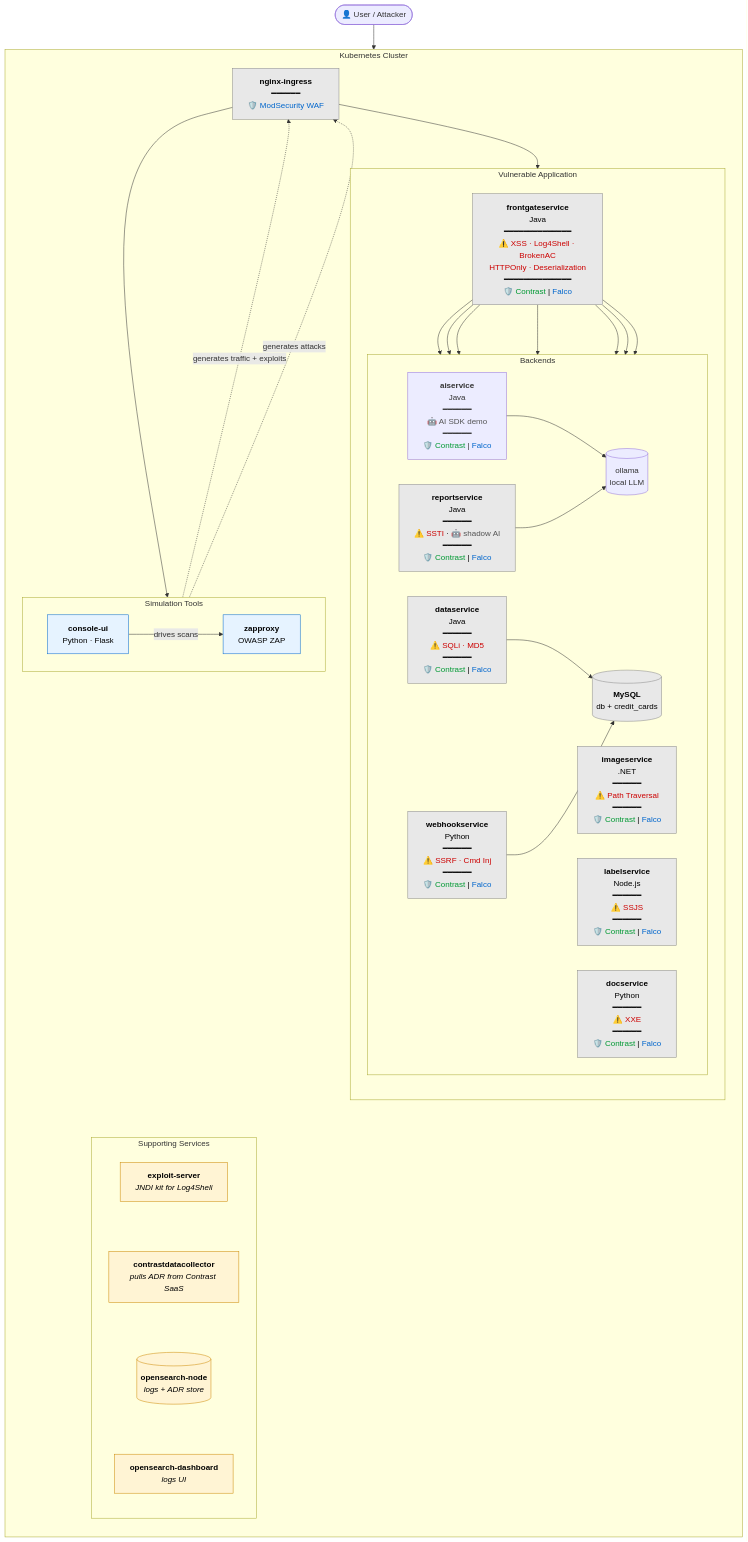
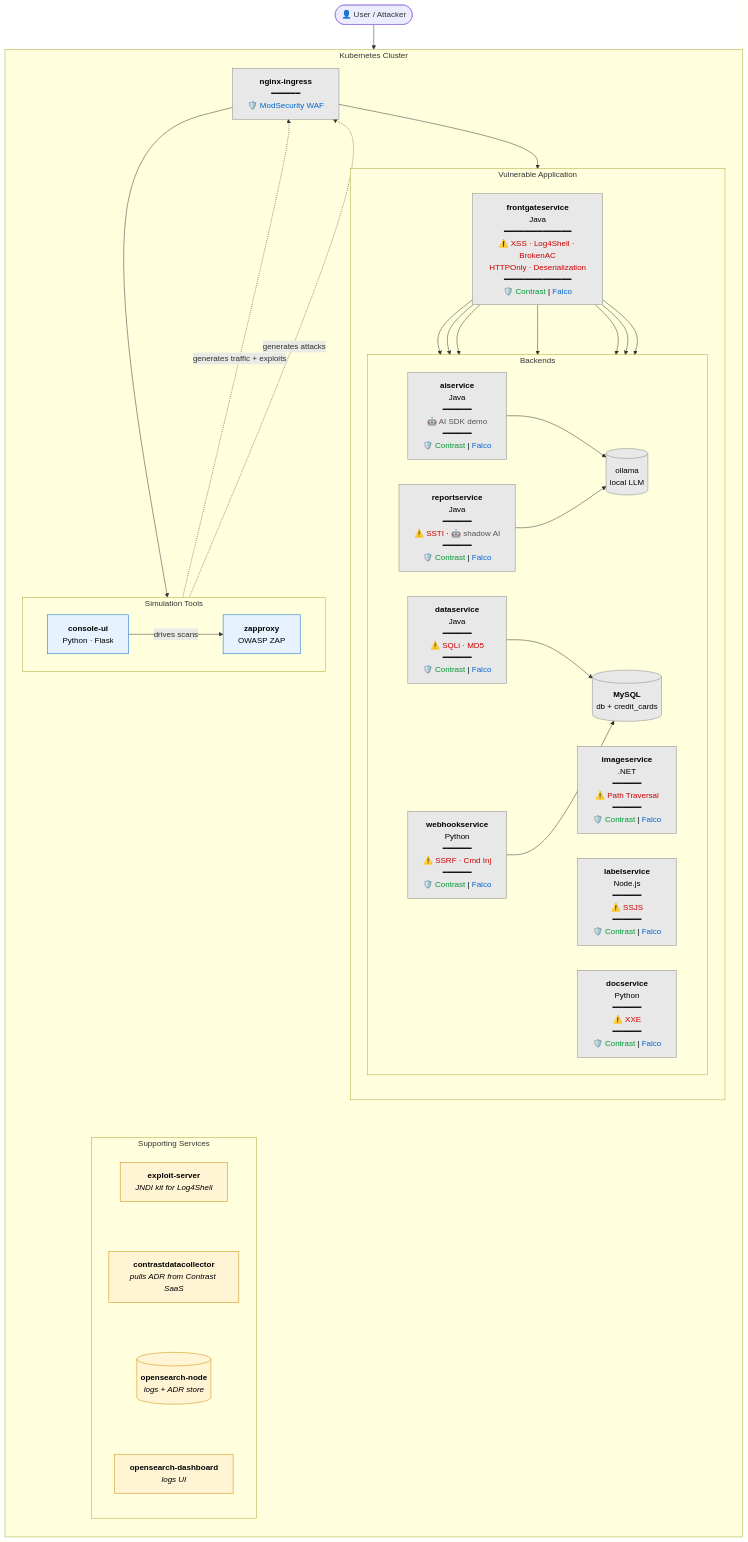
One commit to slevin4contrast/cargo-cats changed the diagram in README.md. Above: the diagram before and after it, drawn with Mermaid.

Commit message:
fix(readme): apply diagram color class to aiservice and ollama nodes

````diff
--- a/README.md
+++ b/README.md
@@ -8,74 +8,74 @@
 ```mermaid
 flowchart TB
     User([👤 User / Attacker])
 
     subgraph K8S["Kubernetes Cluster"]
         direction TB
 
         Ingress["<b>nginx-ingress</b><br/>━━━━━━<br/>🛡️ <font color='#0066cc'>ModSecurity WAF</font>"]
 
         subgraph APP["Vulnerable Application"]
             direction TB
             FG["<b>frontgateservice</b><br/>Java<br/>━━━━━━━━━━━━━━<br/><font color='#c00'>⚠️ XSS · Log4Shell · BrokenAC<br/>HTTPOnly · Deserialization</font><br/>━━━━━━━━━━━━━━<br/>🛡️ <font color='#093'>Contrast</font> | <font color='#0066cc'>Falco</font>"]
 
             subgraph BE["Backends"]
                 direction LR
                 DS["<b>dataservice</b><br/>Java<br/>━━━━━━<br/><font color='#c00'>⚠️ SQLi · MD5</font><br/>━━━━━━<br/>🛡️ <font color='#093'>Contrast</font> | <font color='#0066cc'>Falco</font>"]
                 WH["<b>webhookservice</b><br/>Python<br/>━━━━━━<br/><font color='#c00'>⚠️ SSRF · Cmd Inj</font><br/>━━━━━━<br/>🛡️ <font color='#093'>Contrast</font> | <font color='#0066cc'>Falco</font>"]
                 IS["<b>imageservice</b><br/>.NET<br/>━━━━━━<br/><font color='#c00'>⚠️ Path Traversal</font><br/>━━━━━━<br/>🛡️ <font color='#093'>Contrast</font> | <font color='#0066cc'>Falco</font>"]
                 LS["<b>labelservice</b><br/>Node.js<br/>━━━━━━<br/><font color='#c00'>⚠️ SSJS</font><br/>━━━━━━<br/>🛡️ <font color='#093'>Contrast</font> | <font color='#0066cc'>Falco</font>"]
                 DC["<b>docservice</b><br/>Python<br/>━━━━━━<br/><font color='#c00'>⚠️ XXE</font><br/>━━━━━━<br/>🛡️ <font color='#093'>Contrast</font> | <font color='#0066cc'>Falco</font>"]
                 RS["<b>reportservice</b><br/>Java<br/>━━━━━━<br/><font color='#c00'>⚠️ SSTI</font> · <font color='#555'>🤖 shadow AI</font><br/>━━━━━━<br/>🛡️ <font color='#093'>Contrast</font> | <font color='#0066cc'>Falco</font>"]
                 AS["<b>aiservice</b><br/>Java<br/>━━━━━━<br/><font color='#555'>🤖 AI SDK demo</font><br/>━━━━━━<br/>🛡️ <font color='#093'>Contrast</font> | <font color='#0066cc'>Falco</font>"]
                 OL[("</b>ollama</b><br/>local LLM")]
                 DB[("<b>MySQL</b><br/>db + credit_cards")]
             end
         end
 
         subgraph SIM["Simulation Tools"]
             direction LR
             CU["<b>console-ui</b><br/>Python · Flask"]
             ZAP["<b>zapproxy</b><br/>OWASP ZAP"]
             CU -- "drives scans" --> ZAP
         end
 
         subgraph SUPP["Supporting Services"]
             direction TB
             EX["<b>exploit-server</b><br/><i>JNDI kit for Log4Shell</i>"]
             CDC["<b>contrastdatacollector</b><br/><i>pulls ADR from Contrast SaaS</i>"]
             OSN[("<b>opensearch-node</b><br/><i>logs + ADR store</i>")]
             OSD["<b>opensearch-dashboard</b><br/><i>logs UI</i>"]
             EX ~~~ CDC
             CDC ~~~ OSN
             OSN ~~~ OSD
         end
     end
 
     User --> Ingress
     Ingress --> FG
     Ingress --> CU
     Ingress ~~~ ZAP
     FG --> DS
     FG --> WH
     FG --> IS
     FG --> LS
     FG --> DC
     FG --> RS
     FG --> AS
     AS --> OL
     RS --> OL
     DS --> DB
     WH --> DB
 
     CU  -. "generates traffic + exploits" .-> Ingress
     ZAP -. "generates attacks" .-> Ingress
 
     ZAP ~~~ EX
 
     classDef vuln fill:#e8e8e8,stroke:#888,color:#000
     classDef sim  fill:#e6f3ff,stroke:#06c,color:#000
     classDef supp fill:#fff4d4,stroke:#c80,color:#000
-    class FG,DS,WH,IS,LS,DC,RS,DB,Ingress vuln
+    class FG,DS,WH,IS,LS,DC,RS,AS,OL,DB,Ingress vuln
     class CU,ZAP sim
     class EX,CDC,OSN,OSD supp
 ```
````
